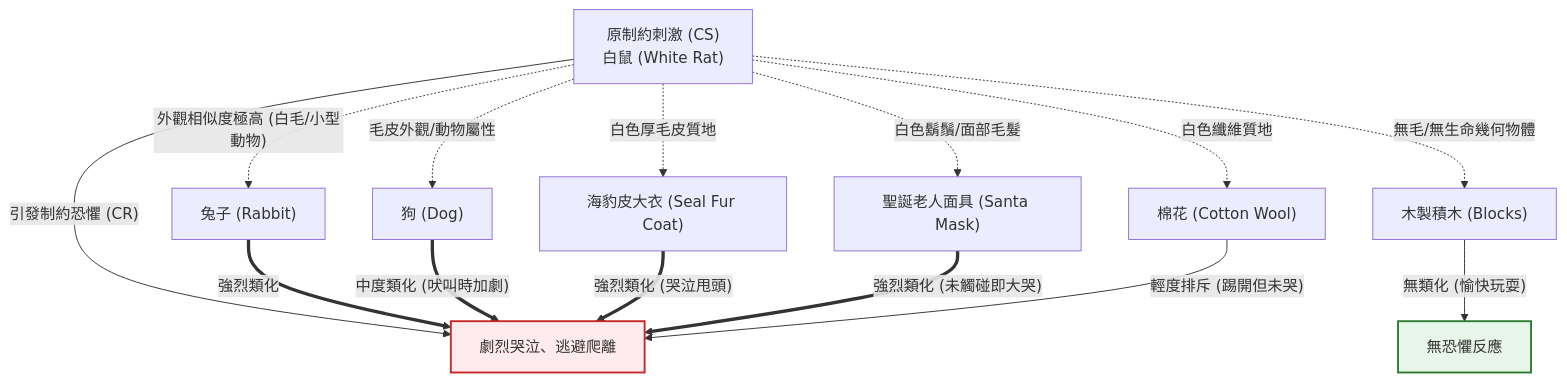
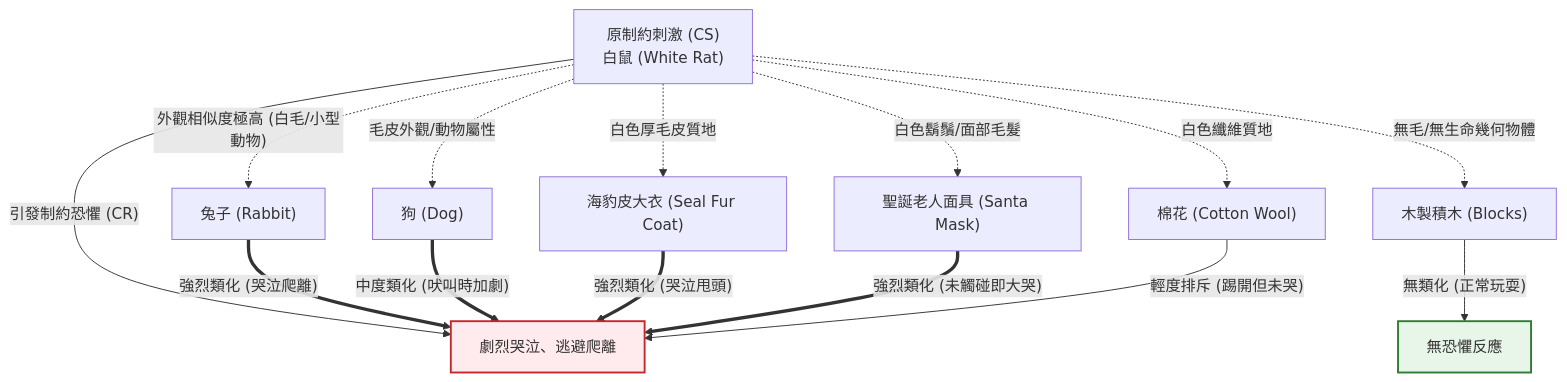
Before and after one commit to sasa0905/10: the diagram in wiki/constructs/stimulus-generalization.md, drawn with Mermaid. The commit also changed 48 other files, not shown here.

Commit message:
fix: resolve all Mermaid syntax errors, uncompress SVG vector charts, and ensure 15px sharp font rendering

````diff
--- a/wiki/constructs/stimulus-generalization.md
+++ b/wiki/constructs/stimulus-generalization.md
@@ -20,23 +20,23 @@
 ```mermaid
 graph TD
     CS["原制約刺激 (CS)<br>白鼠 (White Rat)"] -->|"引發制約恐懼 (CR)"| FEAR["劇烈哭泣、逃避爬離"]
     
     CS -.->|"外觀相似度極高 (白毛/小型動物)"| S1["兔子 (Rabbit)"]
     CS -.->|"毛皮外觀/動物屬性"| S2["狗 (Dog)"]
     CS -.->|"白色厚毛皮質地"| S3["海豹皮大衣 (Seal Fur Coat)"]
     CS -.->|"白色鬍鬚/面部毛髮"| S4["聖誕老人面具 (Santa Mask)"]
     CS -.->|"白色纖維質地"| S5["棉花 (Cotton Wool)"]
     CS -.->|"無毛/無生命幾何物體"| S6["木製積木 (Blocks)"]
 
-    S1 ==>|"強烈類化"| FEAR
-    S2 ==>|"中度類化 (吠叫時加劇)"| FEAR
-    S3 ==>|"強烈類化 (哭泣甩頭)"| FEAR
-    S4 ==>|"強烈類化 (未觸碰即大哭)"| FEAR
+    S1 == "強烈類化 (哭泣爬離)" ==> FEAR
+    S2 == "中度類化 (吠叫時加劇)" ==> FEAR
+    S3 == "強烈類化 (哭泣甩頭)" ==> FEAR
+    S4 == "強烈類化 (未觸碰即大哭)" ==> FEAR
     S5 -->|"輕度排斥 (踢開但未哭)"| FEAR
-    S6 -->|"無類化 (愉快玩耍)"| NO_FEAR["無恐懼反應"]
+    S6 -->|"無類化 (正常玩耍)"| NO_FEAR["無恐懼反應"]
 
     classDef fear fill:#ffebee,stroke:#c62828,stroke-width:2px;
     classDef safe fill:#e8f5e9,stroke:#2e7d32,stroke-width:2px;
     class FEAR fear;
     class NO_FEAR safe;
 ```
````
